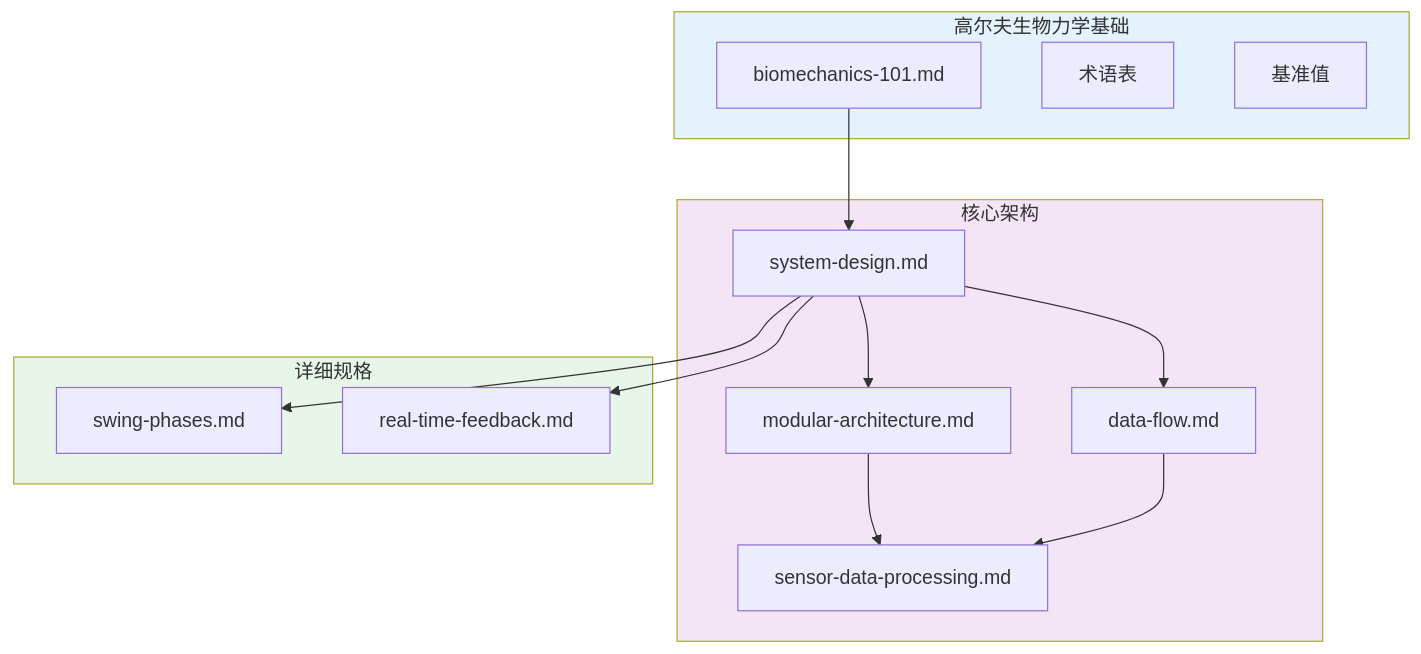
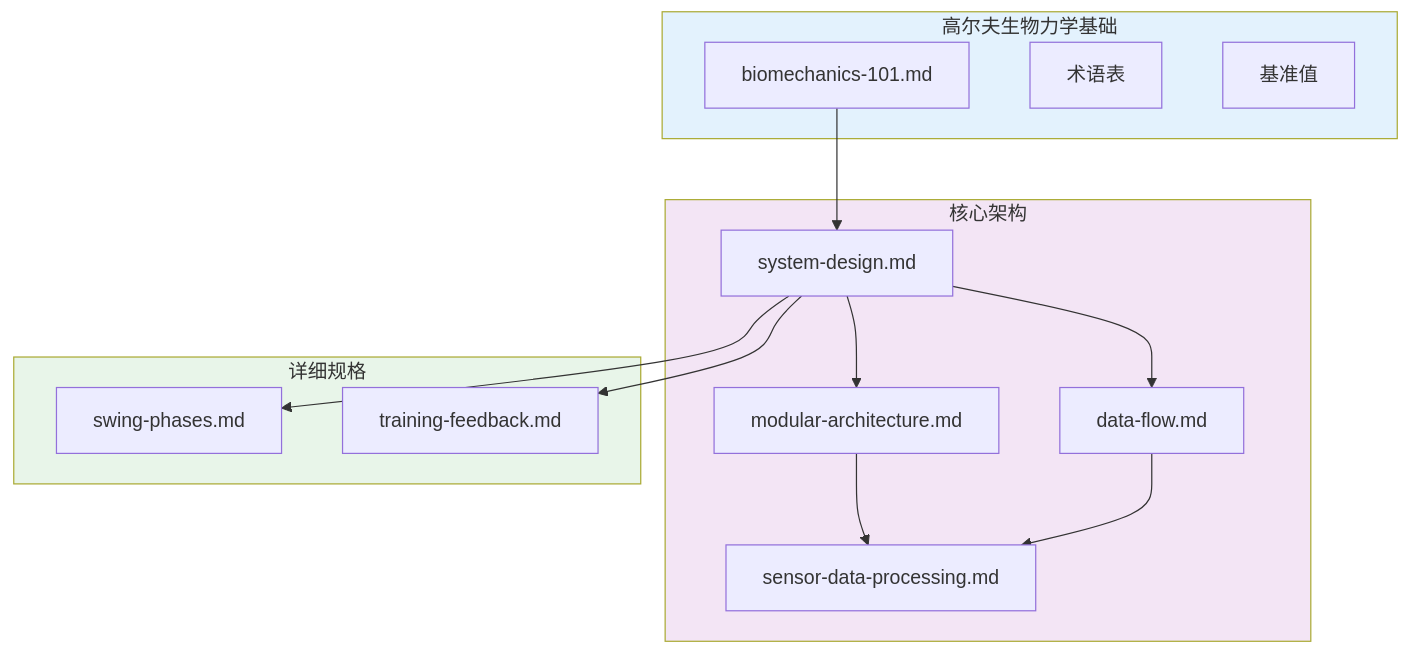
One commit to movement-chain-ai/movement-chain-docs changed the diagram in docs/zh/design/index.md. Above: the diagram before and after it, drawn with Mermaid. The commit also changed other lines of this file and 13 other files, not shown here.

First line of the commit message:
refactor: rename real-time-feedback.md to training-feedback.md

````diff
--- a/docs/zh/design/index.md
+++ b/docs/zh/design/index.md
@@ -72,32 +72,32 @@
 ```mermaid
 graph TD
     subgraph foundations["高尔夫生物力学基础"]
         F1[biomechanics-101.md]
         F2[术语表]
         F3[基准值]
     end
 
     subgraph architecture["核心架构"]
         A1[system-design.md]
         A2[modular-architecture.md]
         A3[data-flow.md]
         A4[sensor-data-processing.md]
     end
 
     subgraph specs["详细规格"]
         S1[swing-phases.md]
-        S2[real-time-feedback.md]
+        S2[training-feedback.md]
     end
 
     F1 --> A1
     A1 --> A2
     A1 --> A3
     A2 --> A4
     A3 --> A4
     A1 --> S1
     A1 --> S2
 
     style foundations fill:#e3f2fd
     style architecture fill:#f3e5f5
     style specs fill:#e8f5e9
 ```
````
